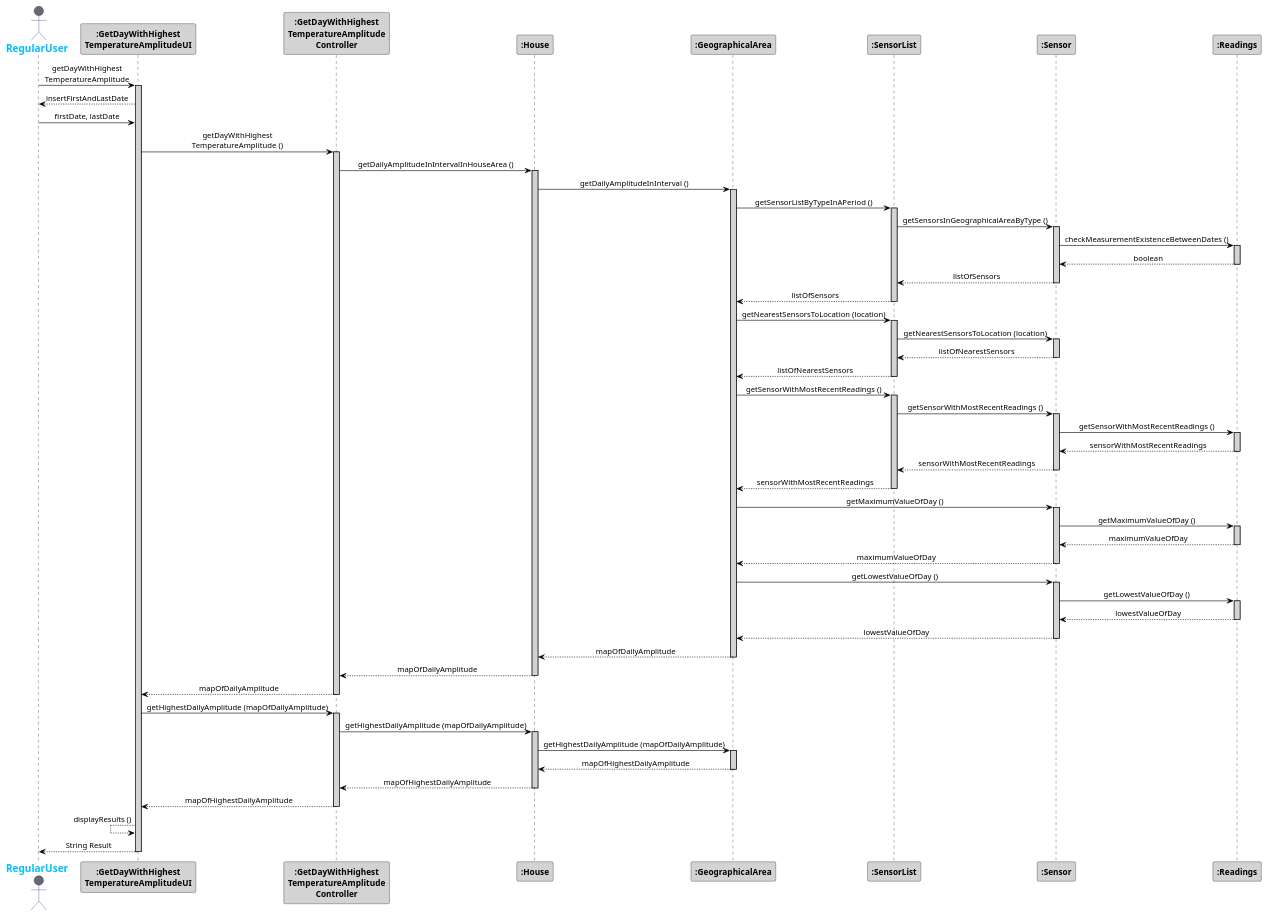
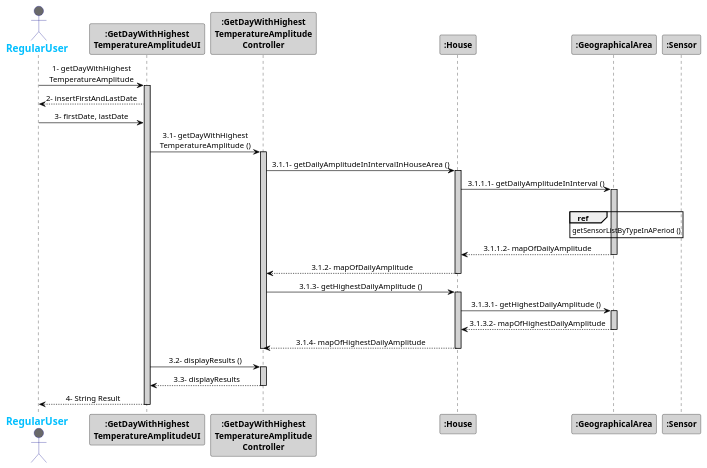
Before and after one commit to 1181687/hateoasToy: the diagram in src/main/java/pt/ipp/isep/dei/project/controllers/getDayWithHighestTemperatureAmplitudeController/SD_getDayWithHighestTemperatureAmplitude.puml, drawn with PlantUML. The commit also changed 5 other files, not shown here.

Commit message:
Addresses #120 sequence diagram, simplicity of methods in ui, method display results in controller

```diff
--- a/src/main/java/pt/ipp/isep/dei/project/controllers/getDayWithHighestTemperatureAmplitudeController/SD_getDayWithHighestTemperatureAmplitude.puml
+++ b/src/main/java/pt/ipp/isep/dei/project/controllers/getDayWithHighestTemperatureAmplitudeController/SD_getDayWithHighestTemperatureAmplitude.puml
@@ -1,100 +1,55 @@
 @startuml
 skinparam sequenceMessageAlign center
 skinparam sequence {
 	ArrowColor Black
 	ActorBorderColor DarkBlue
 	LifeLineBorderColor black
 	LifeLineBackgroundColor LightGrey
 
 	ParticipantBorderColor Black
 	ParticipantBackgroundColor LightGrey
 	ParticipantFontStyle Bold
 
 	ActorBackgroundColor DimGrey
 	ActorFontColor DeepSkyBlue
 	ActorFontStyle Bold
 	ActorFontSize 17
 	ActorFontName Aapex
 }
 
 actor RegularUser
-RegularUser -> ":GetDayWithHighest\nTemperatureAmplitudeUI": getDayWithHighest\nTemperatureAmplitude
+RegularUser -> ":GetDayWithHighest\nTemperatureAmplitudeUI": 1- getDayWithHighest\nTemperatureAmplitude
 activate ":GetDayWithHighest\nTemperatureAmplitudeUI"
-":GetDayWithHighest\nTemperatureAmplitudeUI" --> RegularUser: insertFirstAndLastDate
-RegularUser -> ":GetDayWithHighest\nTemperatureAmplitudeUI": firstDate, lastDate
-":GetDayWithHighest\nTemperatureAmplitudeUI" -> ":GetDayWithHighest\nTemperatureAmplitude\nController": getDayWithHighest\nTemperatureAmplitude ()
+":GetDayWithHighest\nTemperatureAmplitudeUI" --> RegularUser: 2- insertFirstAndLastDate
+RegularUser -> ":GetDayWithHighest\nTemperatureAmplitudeUI": 3- firstDate, lastDate
+":GetDayWithHighest\nTemperatureAmplitudeUI" -> ":GetDayWithHighest\nTemperatureAmplitude\nController": 3.1- getDayWithHighest\nTemperatureAmplitude ()
 activate ":GetDayWithHighest\nTemperatureAmplitude\nController"
-":GetDayWithHighest\nTemperatureAmplitude\nController"-> ":House": getDailyAmplitudeInIntervalInHouseArea ()
+":GetDayWithHighest\nTemperatureAmplitude\nController"-> ":House": 3.1.1- getDailyAmplitudeInIntervalInHouseArea ()
 activate ":House"
-":House" -> ":GeographicalArea": getDailyAmplitudeInInterval ()
+":House" -> ":GeographicalArea": 3.1.1.1- getDailyAmplitudeInInterval ()
 activate ":GeographicalArea"
-":GeographicalArea" -> ":SensorList": getSensorListByTypeInAPeriod ()
-activate ":SensorList"
-":SensorList" -> ":Sensor": getSensorsInGeographicalAreaByType ()
-activate ":Sensor"
-":Sensor" -> ":Readings": checkMeasurementExistenceBetweenDates ()
-activate ":Readings"
-":Sensor" <-- ":Readings": boolean
-deactivate ":Readings"
-":SensorList" <-- ":Sensor": listOfSensors
+ref over ":GeographicalArea"
+getSensorListByTypeInAPeriod ()
+end
 deactivate ":Sensor"
-":GeographicalArea" <-- ":SensorList": listOfSensors
-deactivate ":SensorList"
-":GeographicalArea" -> ":SensorList": getNearestSensorsToLocation (location)
-activate ":SensorList"
-":SensorList" -> ":Sensor": getNearestSensorsToLocation (location)
-activate ":Sensor"
-":SensorList" <-- ":Sensor": listOfNearestSensors
-deactivate ":Sensor"
-":GeographicalArea" <-- ":SensorList": listOfNearestSensors
-deactivate ":SensorList"
-":GeographicalArea" -> ":SensorList": getSensorWithMostRecentReadings ()
-activate ":SensorList"
-":SensorList" -> ":Sensor": getSensorWithMostRecentReadings ()
-activate ":Sensor"
-":Sensor" -> ":Readings": getSensorWithMostRecentReadings ()
-activate ":Readings"
-":Sensor" <-- ":Readings": sensorWithMostRecentReadings
-deactivate ":Readings"
-":SensorList" <-- ":Sensor": sensorWithMostRecentReadings
-deactivate ":Sensor"
-":GeographicalArea" <-- ":SensorList": sensorWithMostRecentReadings
-deactivate ":SensorList"
-":GeographicalArea" -> ":Sensor": getMaximumValueOfDay ()
-activate ":Sensor"
-":Sensor" -> ":Readings": getMaximumValueOfDay ()
-activate ":Readings"
-":Sensor" <-- ":Readings": maximumValueOfDay
-deactivate ":Readings"
-":GeographicalArea" <-- ":Sensor": maximumValueOfDay
-deactivate ":Sensor"
-":GeographicalArea" -> ":Sensor": getLowestValueOfDay ()
-activate ":Sensor"
-":Sensor" -> ":Readings": getLowestValueOfDay ()
-activate ":Readings"
-":Sensor" <-- ":Readings": lowestValueOfDay
-deactivate ":Readings"
-":GeographicalArea" <-- ":Sensor": lowestValueOfDay
-deactivate ":Sensor"
-":House" <-- ":GeographicalArea": mapOfDailyAmplitude
+":House" <-- ":GeographicalArea": 3.1.1.2- mapOfDailyAmplitude
 deactivate ":GeographicalArea"
-":GetDayWithHighest\nTemperatureAmplitude\nController"<-- ":House": mapOfDailyAmplitude
+":GetDayWithHighest\nTemperatureAmplitude\nController"<-- ":House": 3.1.2- mapOfDailyAmplitude
 deactivate ":House"
-":GetDayWithHighest\nTemperatureAmplitudeUI" <-- ":GetDayWithHighest\nTemperatureAmplitude\nController": mapOfDailyAmplitude
+":GetDayWithHighest\nTemperatureAmplitude\nController" -> ":House": 3.1.3- getHighestDailyAmplitude ()
+activate ":House"
+":House" -> ":GeographicalArea": 3.1.3.1- getHighestDailyAmplitude ()
+activate ":GeographicalArea"
+":House" <-- ":GeographicalArea": 3.1.3.2- mapOfHighestDailyAmplitude
+deactivate ":GeographicalArea"
+":GetDayWithHighest\nTemperatureAmplitude\nController" <-- ":House": 3.1.4- mapOfHighestDailyAmplitude
+deactivate ":House"
 deactivate ":GetDayWithHighest\nTemperatureAmplitude\nController"
-":GetDayWithHighest\nTemperatureAmplitudeUI" -> ":GetDayWithHighest\nTemperatureAmplitude\nController": getHighestDailyAmplitude (mapOfDailyAmplitude)
+":GetDayWithHighest\nTemperatureAmplitudeUI" -> ":GetDayWithHighest\nTemperatureAmplitude\nController": 3.2- displayResults ()
 activate ":GetDayWithHighest\nTemperatureAmplitude\nController"
-":GetDayWithHighest\nTemperatureAmplitude\nController" -> ":House": getHighestDailyAmplitude (mapOfDailyAmplitude)
-activate ":House"
-":House" -> ":GeographicalArea": getHighestDailyAmplitude (mapOfDailyAmplitude)
-activate ":GeographicalArea"
-":House" <-- ":GeographicalArea": mapOfHighestDailyAmplitude
-deactivate ":GeographicalArea"
-":GetDayWithHighest\nTemperatureAmplitude\nController" <-- ":House": mapOfHighestDailyAmplitude
-deactivate ":House"
-":GetDayWithHighest\nTemperatureAmplitudeUI" <-- ":GetDayWithHighest\nTemperatureAmplitude\nController": mapOfHighestDailyAmplitude
+":GetDayWithHighest\nTemperatureAmplitudeUI" <-- ":GetDayWithHighest\nTemperatureAmplitude\nController": 3.3- displayResults
 deactivate ":GetDayWithHighest\nTemperatureAmplitude\nController"
-":GetDayWithHighest\nTemperatureAmplitudeUI" <-- ":GetDayWithHighest\nTemperatureAmplitudeUI": displayResults ()
-RegularUser <-- ":GetDayWithHighest\nTemperatureAmplitudeUI": String Result
+
+RegularUser <-- ":GetDayWithHighest\nTemperatureAmplitudeUI": 4- String Result
 deactivate ":GetDayWithHighest\nTemperatureAmplitudeUI"
 @enduml
```
